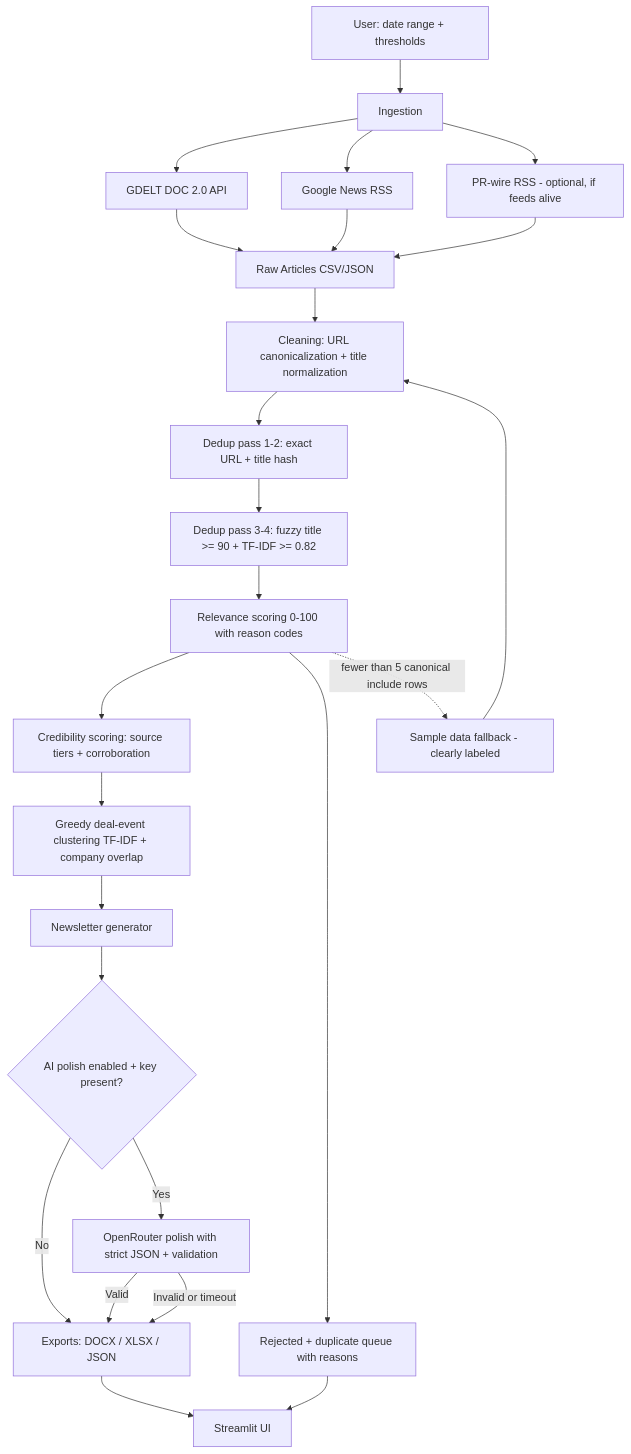
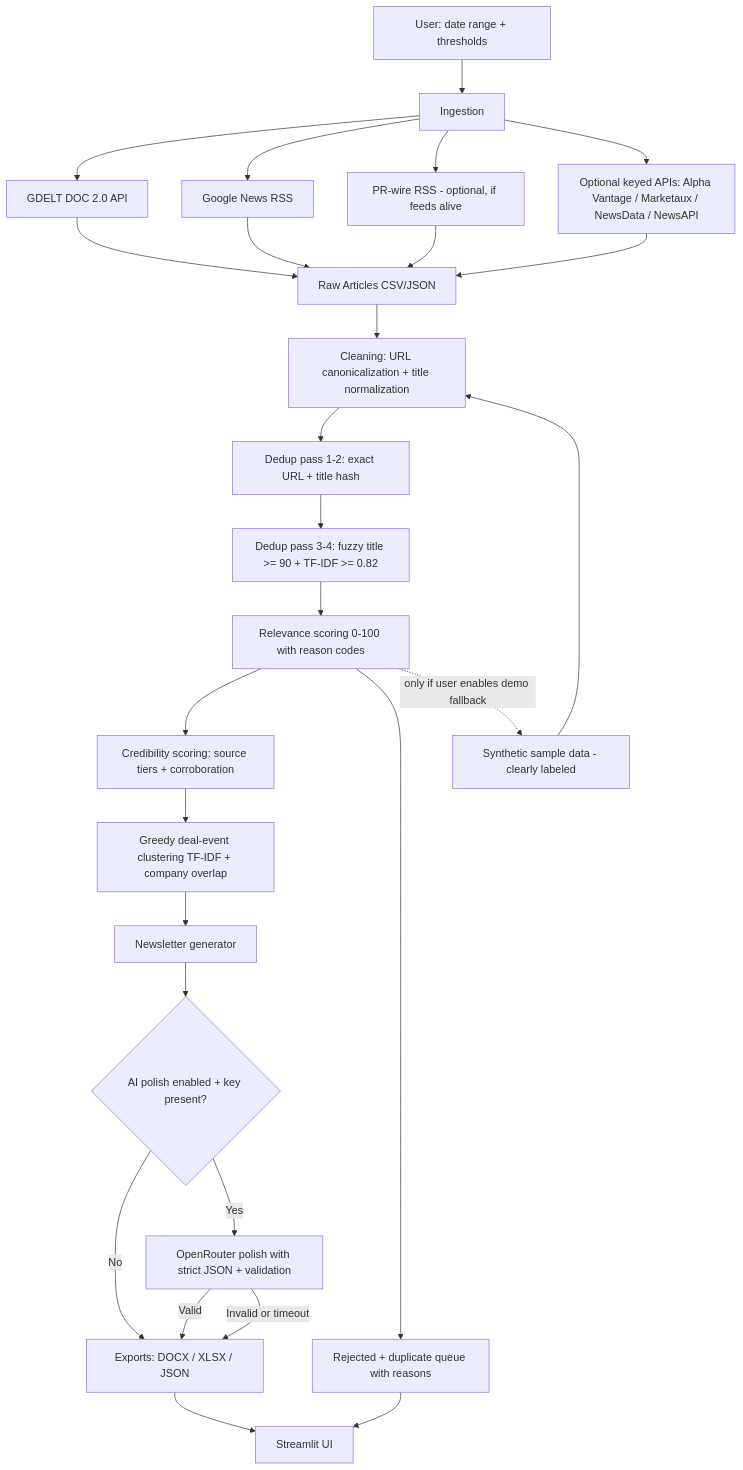
One commit to solpxlb/Benori_assignment changed the diagram in docs/architecture.mmd. Above: the diagram before and after it, drawn with Mermaid. The commit also changed 13 other files, not shown here.

```diff
--- a/docs/architecture.mmd
+++ b/docs/architecture.mmd
@@ -1,25 +1,27 @@
 flowchart TD
     A[User: date range + thresholds] --> B[Ingestion]
     B --> B1[GDELT DOC 2.0 API]
     B --> B2[Google News RSS]
     B --> B3[PR-wire RSS - optional, if feeds alive]
+    B --> B4[Optional keyed APIs: Alpha Vantage / Marketaux / NewsData / NewsAPI]
     B1 --> C[Raw Articles CSV/JSON]
     B2 --> C
     B3 --> C
+    B4 --> C
     C --> D[Cleaning: URL canonicalization + title normalization]
     D --> E[Dedup pass 1-2: exact URL + title hash]
     E --> F[Dedup pass 3-4: fuzzy title >= 90 + TF-IDF >= 0.82]
     F --> G[Relevance scoring 0-100 with reason codes]
     G --> H[Credibility scoring: source tiers + corroboration]
     H --> I[Greedy deal-event clustering TF-IDF + company overlap]
     I --> J[Newsletter generator]
     J --> L{AI polish enabled + key present?}
     L -->|No| K[Exports: DOCX / XLSX / JSON]
     L -->|Yes| O[OpenRouter polish with strict JSON + validation]
     O -->|Valid| K
     O -->|Invalid or timeout| K
     G --> M[Rejected + duplicate queue with reasons]
     K --> N[Streamlit UI]
     M --> N
-    G -. fewer than 5 canonical include rows .-> S[Sample data fallback - clearly labeled]
+    G -. only if user enables demo fallback .-> S[Synthetic sample data - clearly labeled]
     S --> D
```
